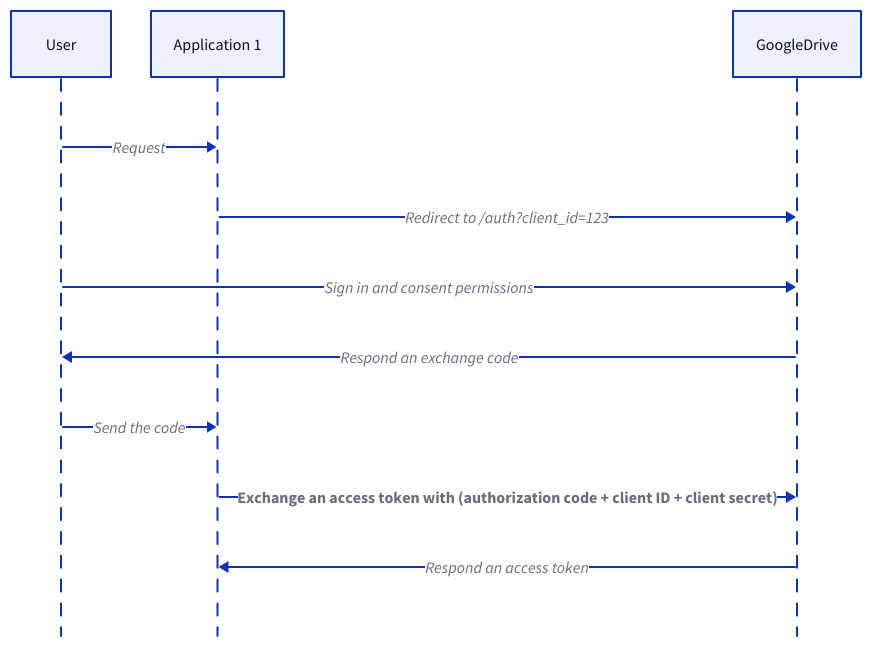
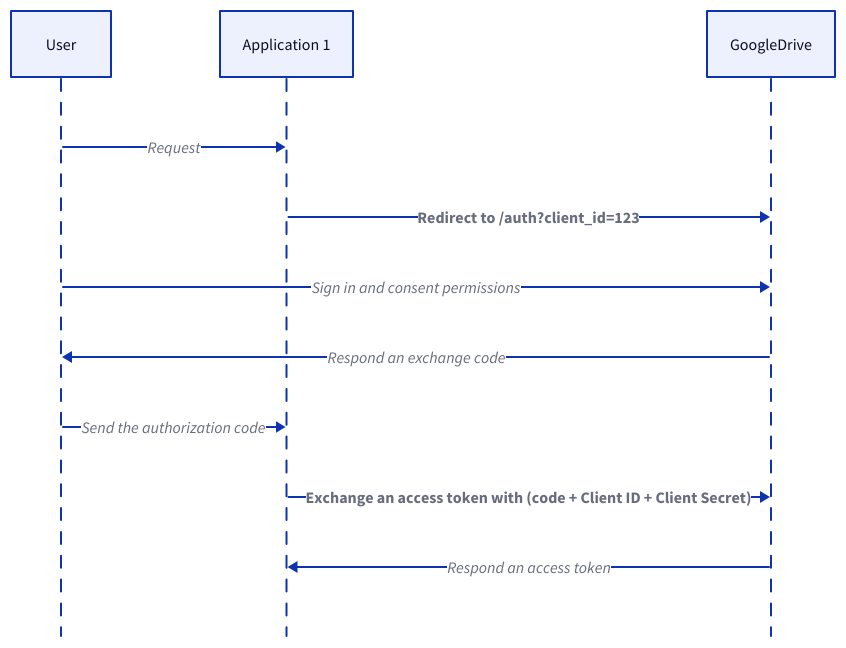
Diagram 26 of 26 in content/docs/system-administration/system-protection/iam.md (link1905/system-design-101), drawn with D2 before and after one commit. The commit also changed other lines of this file and 49 other files, not shown here.

````diff
--- a/content/docs/system-administration/system-protection/iam.md
+++ b/content/docs/system-administration/system-protection/iam.md
@@ -960,21 +951,23 @@
 ```d2
 shape: sequence_diagram
 u: User {
   class: client
 }
 s: Application 1 {
   class: server
 }
 g: GoogleDrive {
   class: google
 }
 u -> s: Request
-s -> g: "Redirect to /auth?client_id=123"
+s -> g: "Redirect to /auth?client_id=123" {
+  style.bold: true
+}
 u -> g: Sign in and consent permissions
 g -> u: Respond an exchange code
-u -> s: Send the code
-s -> g: Exchange an access token with (authorization code + client ID + client secret) {
+u -> s: Send the authorization code
+s -> g: Exchange an access token with (code + Client ID + Client Secret) {
   style.bold: true
 }
 g -> s: Respond an access token
 ```
````
